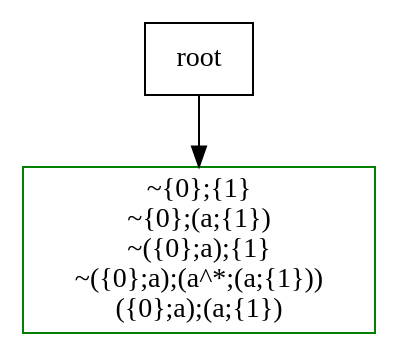
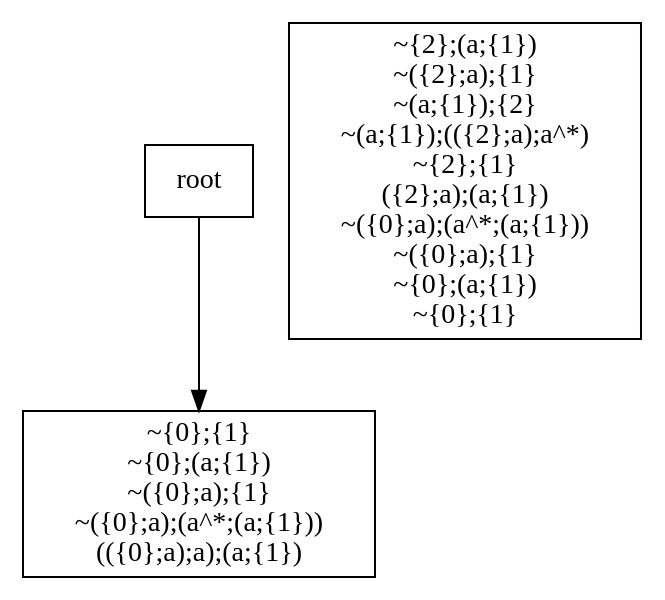
One commit to jangreen/rat changed the diagram in output/r.dot. Above: the diagram before and after it, drawn with Graphviz. The commit also changed 7 other files, not shown here.

```diff
--- a/output/r.dot
+++ b/output/r.dot
@@ -1,10 +1,21 @@
 digraph {
 node[shape="box"]
-N0x149f04240[label="~{0};{1}
+N0x1240052a0[label="~{0};{1}
 ~{0};(a;{1})
 ~({0};a);{1}
 ~({0};a);(a^*;(a;{1}))
-({0};a);(a;{1})
-", color=green];
-root -> N0x149f04240;
+(({0};a);a);(a;{1})
+"];
+root -> N0x1240052a0;
+N0x124008d60[label="~{2};(a;{1})
+~({2};a);{1}
+~(a;{1});{2}
+~(a;{1});(({2};a);a^*)
+~{2};{1}
+({2};a);(a;{1})
+~({0};a);(a^*;(a;{1}))
+~({0};a);{1}
+~{0};(a;{1})
+~{0};{1}
+"];
 }
```
